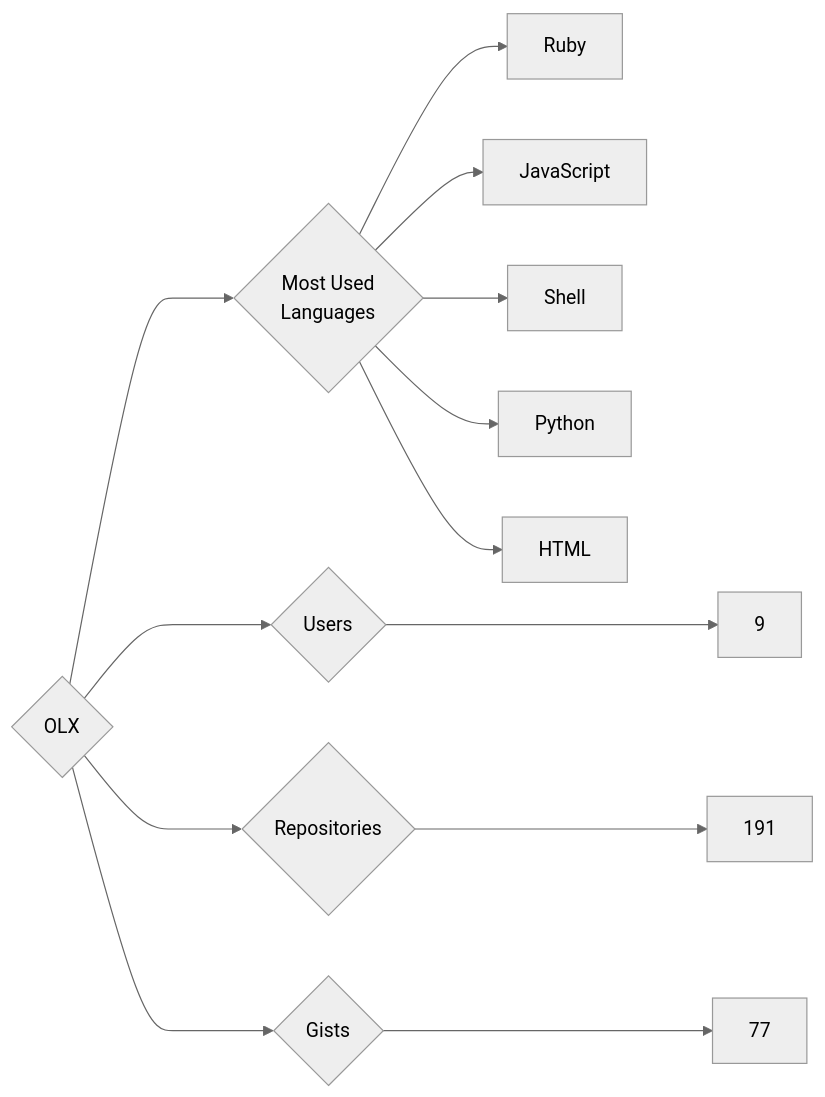
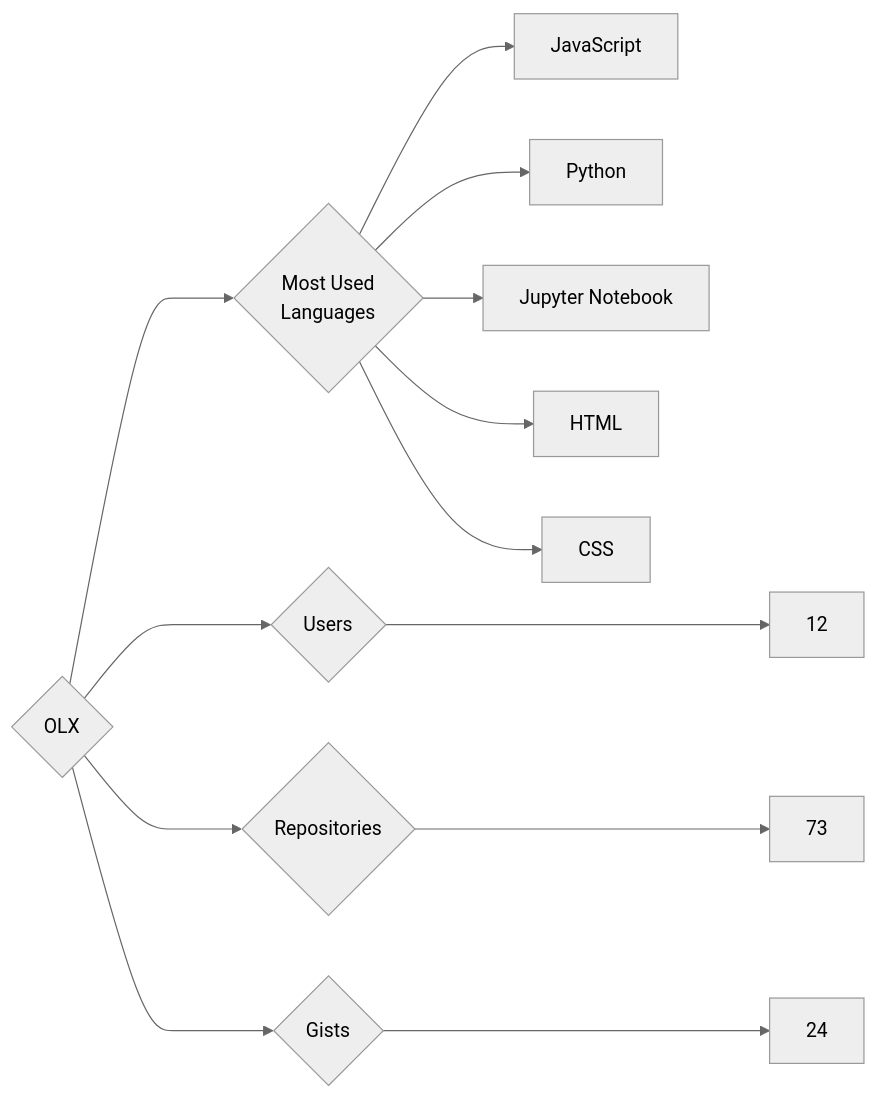
The diagram in targets/OLX/README.md (trickest/insiders), drawn with Mermaid (neutral theme) before and after one commit. The commit also changed 953 other files, not shown here.

````diff
--- a/targets/OLX/README.md
+++ b/targets/OLX/README.md
@@ -3,13 +3,13 @@
 ```mermaid
 graph LR
 COMPANY_NAME{OLX}
-COMPANY_NAME ---> U{Users} ---> UN[9]
-COMPANY_NAME ---> R{Repositories} ---> RN[191]
-COMPANY_NAME ---> G{Gists} ---> GN[77]
+COMPANY_NAME ---> U{Users} ---> UN[12]
+COMPANY_NAME ---> R{Repositories} ---> RN[73]
+COMPANY_NAME ---> G{Gists} ---> GN[24]
 COMPANY_NAME ---> ML{Most Used<br>Languages}
-ML --> Ruby[Ruby]
 ML --> JavaScript[JavaScript]
-ML --> Shell[Shell]
 ML --> Python[Python]
+ML --> Jupyter_Notebook[Jupyter Notebook]
 ML --> HTML[HTML]
+ML --> CSS[CSS]
 ```
````
